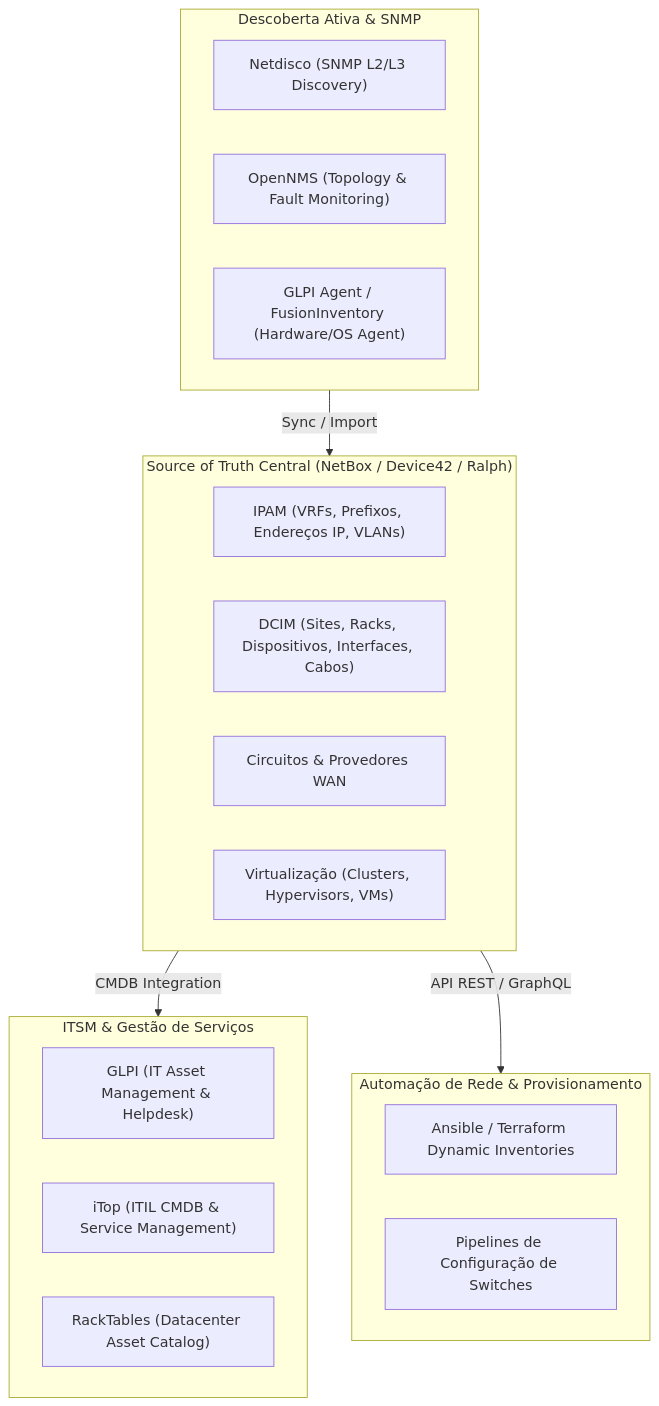
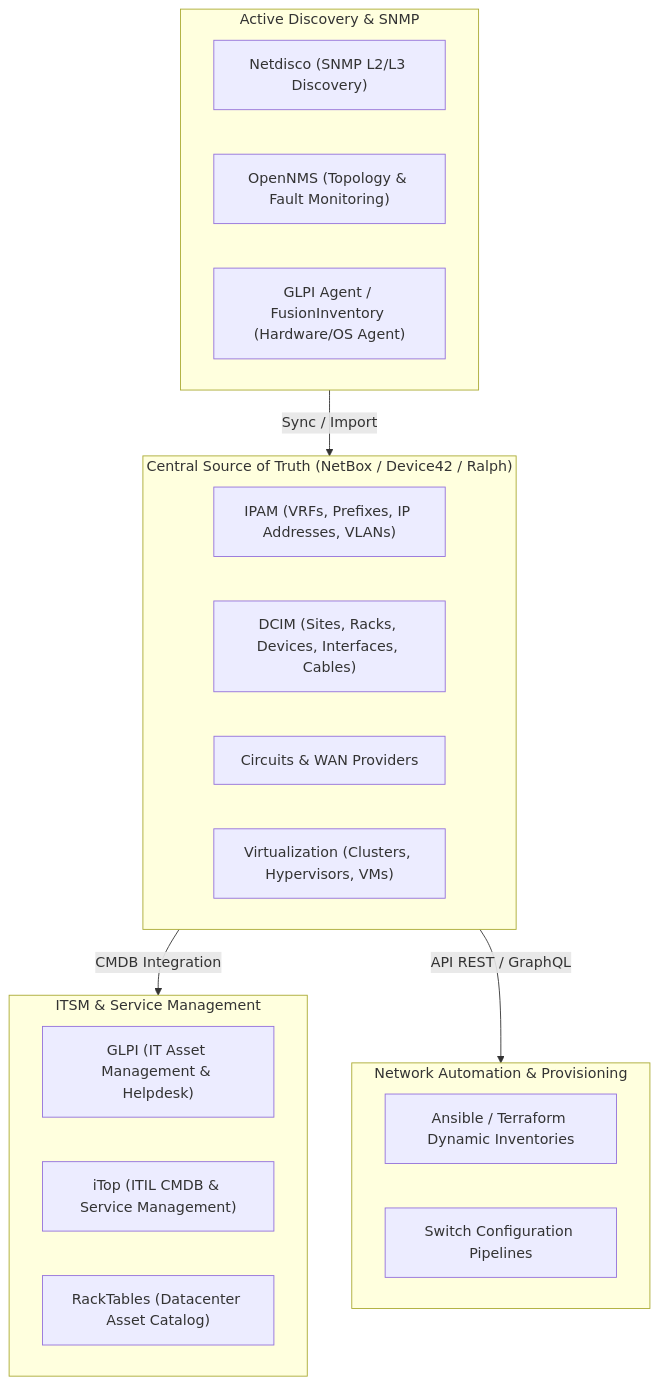
One commit to dandgabr/Coacus changed the diagram in knowledge/skills/mapping/infra-inventory-cmdb/SKILL.md. Above: the diagram before and after it, drawn with Mermaid. The commit also changed other lines of this file and 143 other files, not shown here.

````diff
--- a/knowledge/skills/mapping/infra-inventory-cmdb/SKILL.md
+++ b/knowledge/skills/mapping/infra-inventory-cmdb/SKILL.md
@@ -16,30 +16,30 @@
 ```mermaid
 flowchart TD
-    subgraph SOT["Source of Truth Central (NetBox / Device42 / Ralph)"]
-        IPAM["IPAM (VRFs, Prefixos, Endereços IP, VLANs)"]
-        DCIM["DCIM (Sites, Racks, Dispositivos, Interfaces, Cabos)"]
-        CIRCUITS["Circuitos & Provedores WAN"]
-        VMS["Virtualização (Clusters, Hypervisors, VMs)"]
+    subgraph SOT["Central Source of Truth (NetBox / Device42 / Ralph)"]
+        IPAM["IPAM (VRFs, Prefixes, IP Addresses, VLANs)"]
+        DCIM["DCIM (Sites, Racks, Devices, Interfaces, Cables)"]
+        CIRCUITS["Circuits & WAN Providers"]
+        VMS["Virtualization (Clusters, Hypervisors, VMs)"]
     end
 
-    subgraph AutoDiscovery["Descoberta Ativa & SNMP"]
+    subgraph AutoDiscovery["Active Discovery & SNMP"]
         NETDISCO["Netdisco (SNMP L2/L3 Discovery)"]
         OPENNMS["OpenNMS (Topology & Fault Monitoring)"]
         GLPI_AGENT["GLPI Agent / FusionInventory (Hardware/OS Agent)"]
     end
 
-    subgraph ITSM_CMDB["ITSM & Gestão de Serviços"]
+    subgraph ITSM_CMDB["ITSM & Service Management"]
         GLPI["GLPI (IT Asset Management & Helpdesk)"]
         ITOP["iTop (ITIL CMDB & Service Management)"]
         RACKTABLES["RackTables (Datacenter Asset Catalog)"]
     end
 
-    subgraph Automation["Automação de Rede & Provisionamento"]
+    subgraph Automation["Network Automation & Provisioning"]
         ANSIBLE["Ansible / Terraform Dynamic Inventories"]
-        CI_CD["Pipelines de Configuração de Switches"]
+        CI_CD["Switch Configuration Pipelines"]
     end
 
     AutoDiscovery -->|"Sync / Import"| SOT
     SOT -->|"CMDB Integration"| ITSM_CMDB
     SOT -->|"API REST / GraphQL"| Automation
 ```
````
